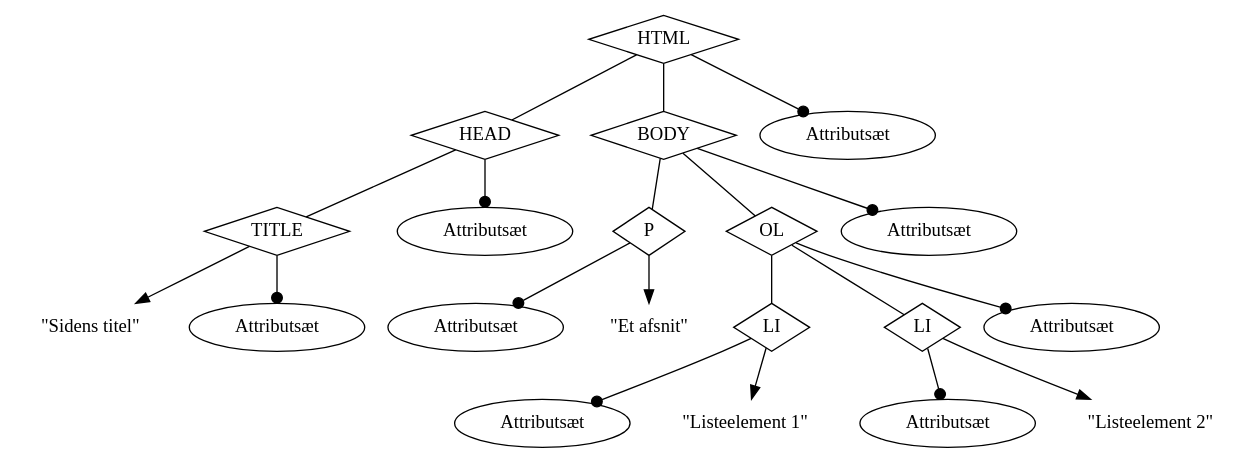
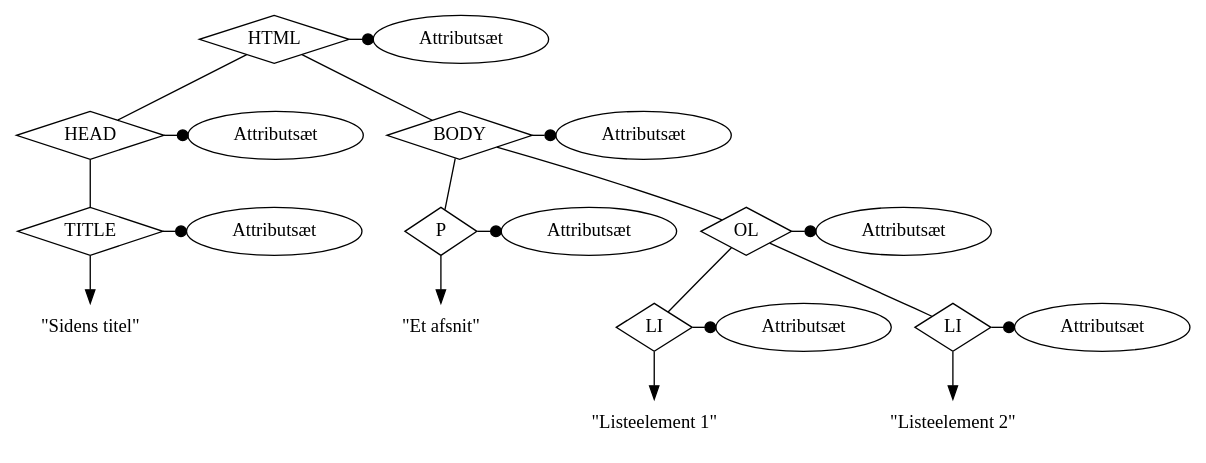
One commit to athas/webanalyzer changed the diagram in rapport/parsetree.dot. Above: the diagram before and after it, drawn with Graphviz. The commit also changed 2 other files, not shown here.

```diff
--- a/rapport/parsetree.dot
+++ b/rapport/parsetree.dot
@@ -1,53 +1,62 @@
 digraph g
 {
 //size="8,11"
 //margin=5
 //rankdir="LR";
 edge[arrowhead="none"];
 node[shape=diamond];
 //edge[arrowsize=0.7, len=0.7]
 
 HTML[label="HTML"];
 HEAD[label="HEAD"];
 TITLE[label="TITLE"];
 titel[label="\"Sidens titel\"", shape="none"];
 BODY[label="BODY"];
 P[label="P"];
 OL[label="OL"];
 LI1[label="LI"];
 LI2[label="LI"];
 
 HTMLattrs[label="Attributsæt", shape="ellipse"];
 HEADattrs[label="Attributsæt", shape="ellipse"];
 TITLEattrs[label="Attributsæt", shape="ellipse"];
 BODYattrs[label="Attributsæt", shape="ellipse"];
 Pattrs[label="Attributsæt", shape="ellipse"];
 Ptekst[label="\"Et afsnit\"", shape="none"];
 OLattrs[label="Attributsæt", shape="ellipse"];
 LI1attrs[label="Attributsæt", shape="ellipse"];
 LI1tekst[label="\"Listeelement 1\"", shape="none"];
 LI2attrs[label="Attributsæt", shape="ellipse"];
 LI2tekst[label="\"Listeelement 2\"", shape="none"];
 
+{rank=same; HTML; HTMLattrs;}
+{rank=same; HEAD; HEADattrs;}
+{rank=same; TITLE; TITLEattrs;}
+{rank=same; BODY; BODYattrs;}
+{rank=same; P; Pattrs;}
+{rank=same; OL; OLattrs;}
+{rank=same; LI1; LI1attrs;}
+{rank=same; LI2; LI2attrs;}
+
 HTML-> HTMLattrs [arrowhead="dot"];
 HTML -> HEAD;
 HTML -> BODY;
 HEAD -> HEADattrs [arrowhead="dot"];
 HEAD -> TITLE;
 TITLE -> titel [arrowhead="normal"];
 TITLE -> TITLEattrs [arrowhead="dot"];
 BODY -> BODYattrs [arrowhead="dot"];
 BODY -> P;
 BODY -> OL;
 P -> Pattrs [arrowhead="dot"];
 P -> Ptekst [arrowhead="normal"];
 OL -> OLattrs [arrowhead="dot"];
 OL -> LI1;
 OL -> LI2;
 LI1 -> LI1attrs [arrowhead="dot"];
 LI1 -> LI1tekst [arrowhead="normal"];
 LI2 -> LI2attrs [arrowhead="dot"];
 LI2 -> LI2tekst [arrowhead="normal"];
 
 
 }
```
